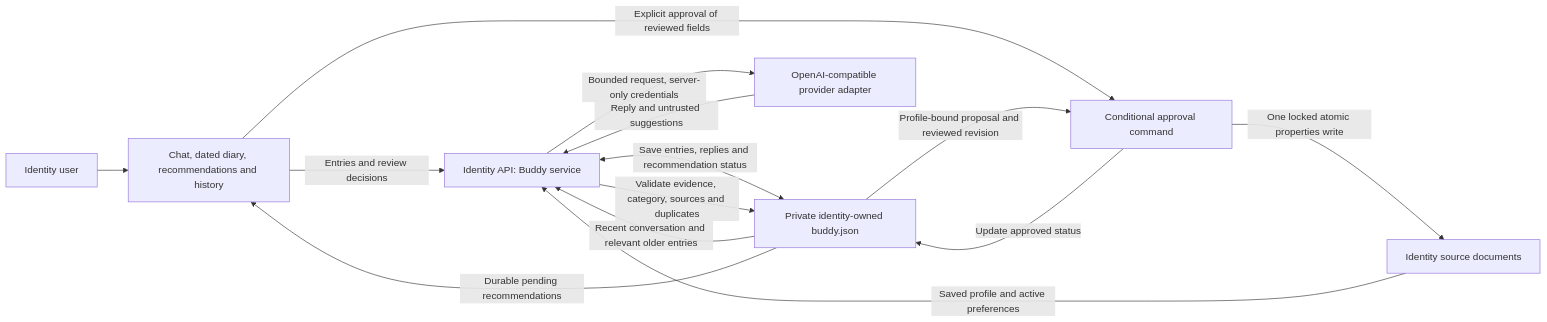
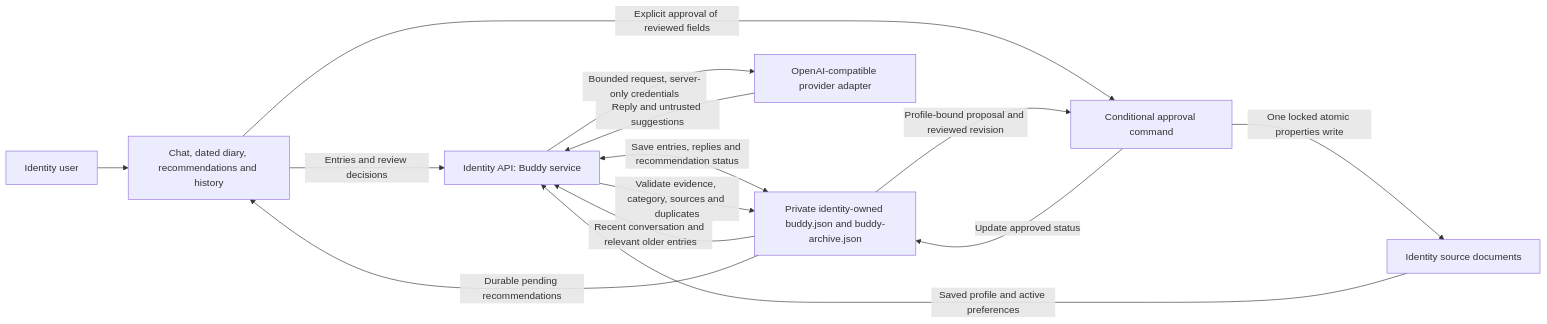
Before and after one commit to ZenMe-AU/ZBApp: the diagram in module/QFF/QFFIdentity/ai-buddy-design.md, drawn with Mermaid. The commit also changed other lines of this file and 13 other files, not shown here.

Commit message:
feat(qff): archive Buddy recommendations in private per-user storage

````diff
--- a/module/QFF/QFFIdentity/ai-buddy-design.md
+++ b/module/QFF/QFFIdentity/ai-buddy-design.md
@@ -17,16 +17,16 @@
 ```mermaid
 flowchart LR
     User[Identity user] --> Chat[Chat, dated diary, recommendations and history]
     Chat -->|Entries and review decisions| Buddy[Identity API: Buddy service]
     Repo[Identity source documents] -->|Saved profile and active preferences| Buddy
-    Buddy <-->|Save entries, replies and recommendation status| Memory[Private identity-owned buddy.json]
+    Buddy <-->|Save entries, replies and recommendation status| Memory[Private identity-owned buddy.json and buddy-archive.json]
     Memory -->|Recent conversation and relevant older entries| Buddy
     Buddy -->|Bounded request, server-only credentials| Provider[OpenAI-compatible provider adapter]
     Provider -->|Reply and untrusted suggestions| Buddy
     Buddy -->|Validate evidence, category, sources and duplicates| Memory
     Memory -->|Durable pending recommendations| Chat
     Chat -->|Explicit approval of reviewed fields| Approval[Conditional approval command]
     Memory -->|Profile-bound proposal and reviewed revision| Approval
     Approval -->|One locked atomic properties write| Repo
     Approval -->|Update approved status| Memory
 ```
````
